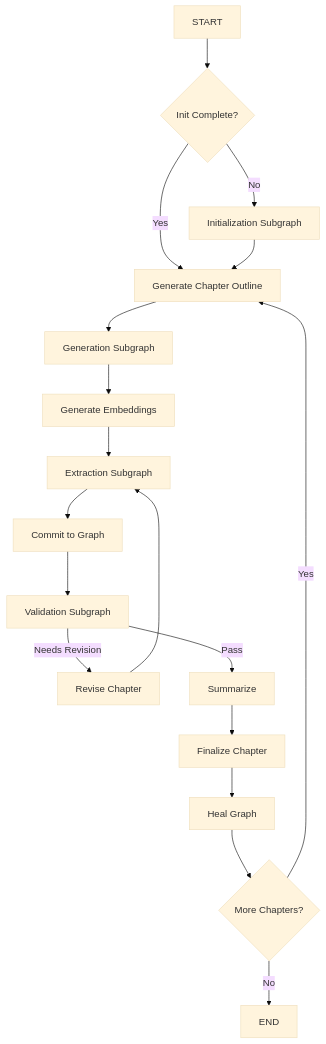
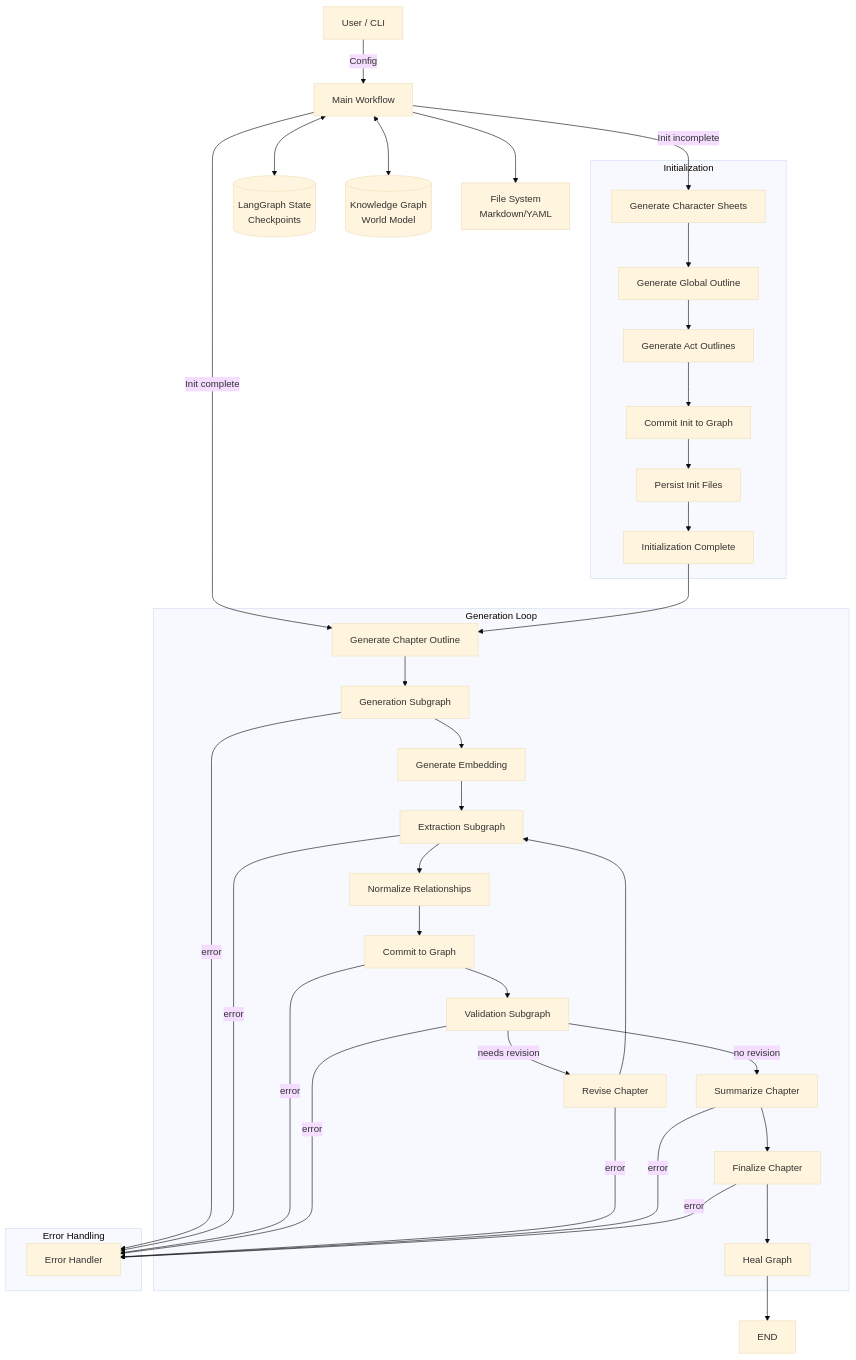
The diagram in docs/langgraph-architecture.md (Lanerra/saga), drawn with Mermaid (base theme) before and after one commit. The commit also changed other lines of this file, not shown here.

Commit message:
docs: fully update langgraph-architecture.md to reflect SAGA's current state

````diff
--- a/docs/langgraph-architecture.md
+++ b/docs/langgraph-architecture.md
@@ -78,25 +19,56 @@
 ```mermaid
 graph TD
-    START --> Route{Init Complete?}
-    Route -->|No| Init[Initialization Subgraph]
-    Route -->|Yes| ChapOutline[Generate Chapter Outline]
-    
-    Init --> ChapOutline
-    
-    ChapOutline --> Generate[Generation Subgraph]
-    Generate --> Embed[Generate Embeddings]
-    Embed --> Extract[Extraction Subgraph]
-    Extract --> Commit[Commit to Graph]
-    Commit --> Validate[Validation Subgraph]
-    
-    Validate -->|Needs Revision| Revise[Revise Chapter]
-    Validate -->|Pass| Summarize[Summarize]
-    
-    Revise --> Extract
-    Summarize --> Finalize[Finalize Chapter]
-    Finalize --> Heal[Heal Graph]
-    Heal --> CheckDone{More Chapters?}
-    
-    CheckDone -->|Yes| ChapOutline
-    CheckDone -->|No| END
+    User[User / CLI] -->|Config| Main[Main Workflow]
+
+    subgraph "Initialization"
+        InitChar[Generate Character Sheets]
+        InitGlob[Generate Global Outline]
+        InitActs[Generate Act Outlines]
+        InitCommit[Commit Init to Graph]
+        InitPersist[Persist Init Files]
+        InitComplete[Initialization Complete]
+    end
+
+    subgraph "Generation Loop"
+        Outline[Generate Chapter Outline]
+        Generate[Generation Subgraph]
+        Embedding[Generate Embedding]
+        Extract[Extraction Subgraph]
+        Normalize[Normalize Relationships]
+        Commit[Commit to Graph]
+        Validate[Validation Subgraph]
+        Revise[Revise Chapter]
+        Summarize[Summarize Chapter]
+        Finalize[Finalize Chapter]
+        Heal[Heal Graph]
+    end
+
+    subgraph "Error Handling"
+        ErrorHandler[Error Handler]
+    end
+
+    Main <--> SQLite[(LangGraph State\nCheckpoints)]
+    Main <--> Neo4j[(Knowledge Graph\nWorld Model)]
+    Main --> FS[File System\nMarkdown/YAML]
+
+    %% Entry routing
+    Main -->|Init incomplete| InitChar
+    Main -->|Init complete| Outline
+
+    %% Initialization flow
+    InitChar --> InitGlob --> InitActs --> InitCommit --> InitPersist --> InitComplete --> Outline
+
+    %% Generation flow
+    Outline --> Generate --> Embedding --> Extract --> Normalize --> Commit --> Validate
+    Validate -->|needs revision| Revise --> Extract
+    Validate -->|no revision| Summarize --> Finalize --> Heal --> END
+
+    %% Error paths
+    Generate -->|error| ErrorHandler
+    Extract -->|error| ErrorHandler
+    Commit -->|error| ErrorHandler
+    Validate -->|error| ErrorHandler
+    Revise -->|error| ErrorHandler
+    Summarize -->|error| ErrorHandler
+    Finalize -->|error| ErrorHandler
 ```
````
